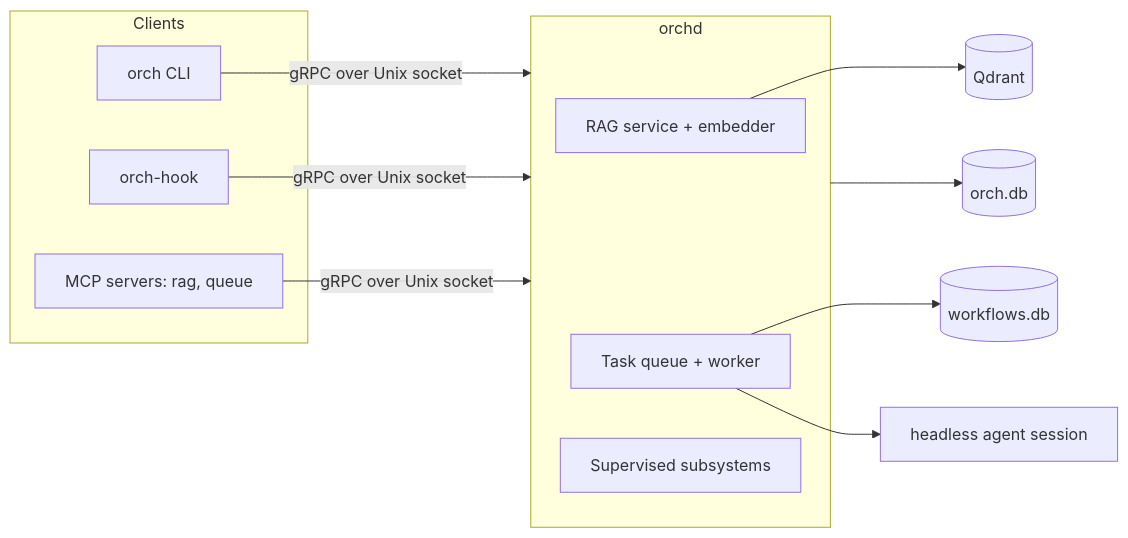
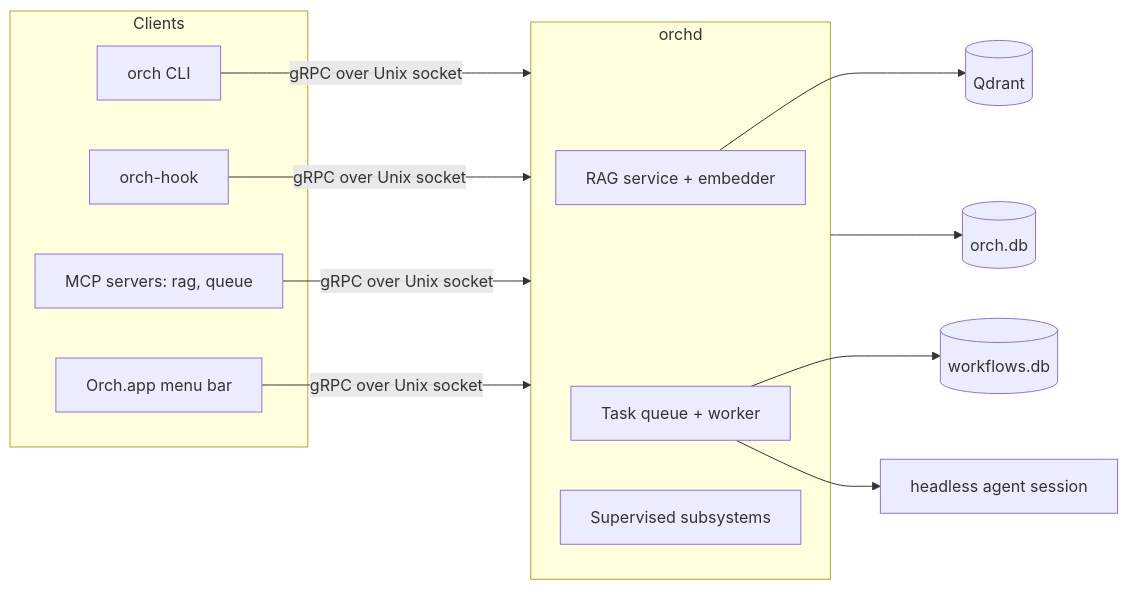
The diagram in docs/ARCHITECTURE.md (willesq/orchestrator), drawn with Mermaid before and after one commit. The commit also changed other lines of this file and 28 other files, not shown here.

First line of the commit message:
feat: add the Orch.app menu bar app scaffold

````diff
--- a/docs/ARCHITECTURE.md
+++ b/docs/ARCHITECTURE.md
@@ -22,18 +22,19 @@
 ```mermaid
 flowchart LR
   subgraph Clients
     CLI[orch CLI]
     Hook[orch-hook]
     MCP[MCP servers: rag, queue]
+    App[Orch.app menu bar]
   end
   subgraph orchd
     RAG[RAG service + embedder]
     Q[Task queue + worker]
     S[Supervised subsystems]
   end
-  CLI & Hook & MCP -- gRPC over Unix socket --> orchd
+  CLI & Hook & MCP & App -- gRPC over Unix socket --> orchd
   RAG --> Qdrant[(Qdrant)]
   Q --> WF[(workflows.db)]
   orchd --> DB[(orch.db)]
   Q --> Agent[headless agent session]
 ```
````
